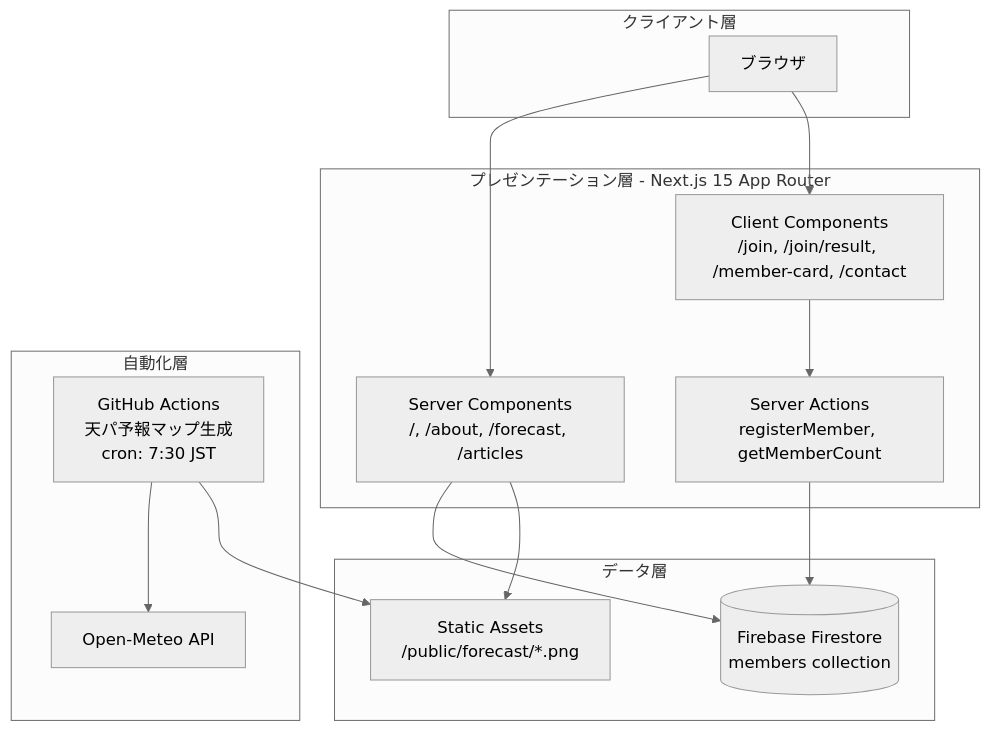
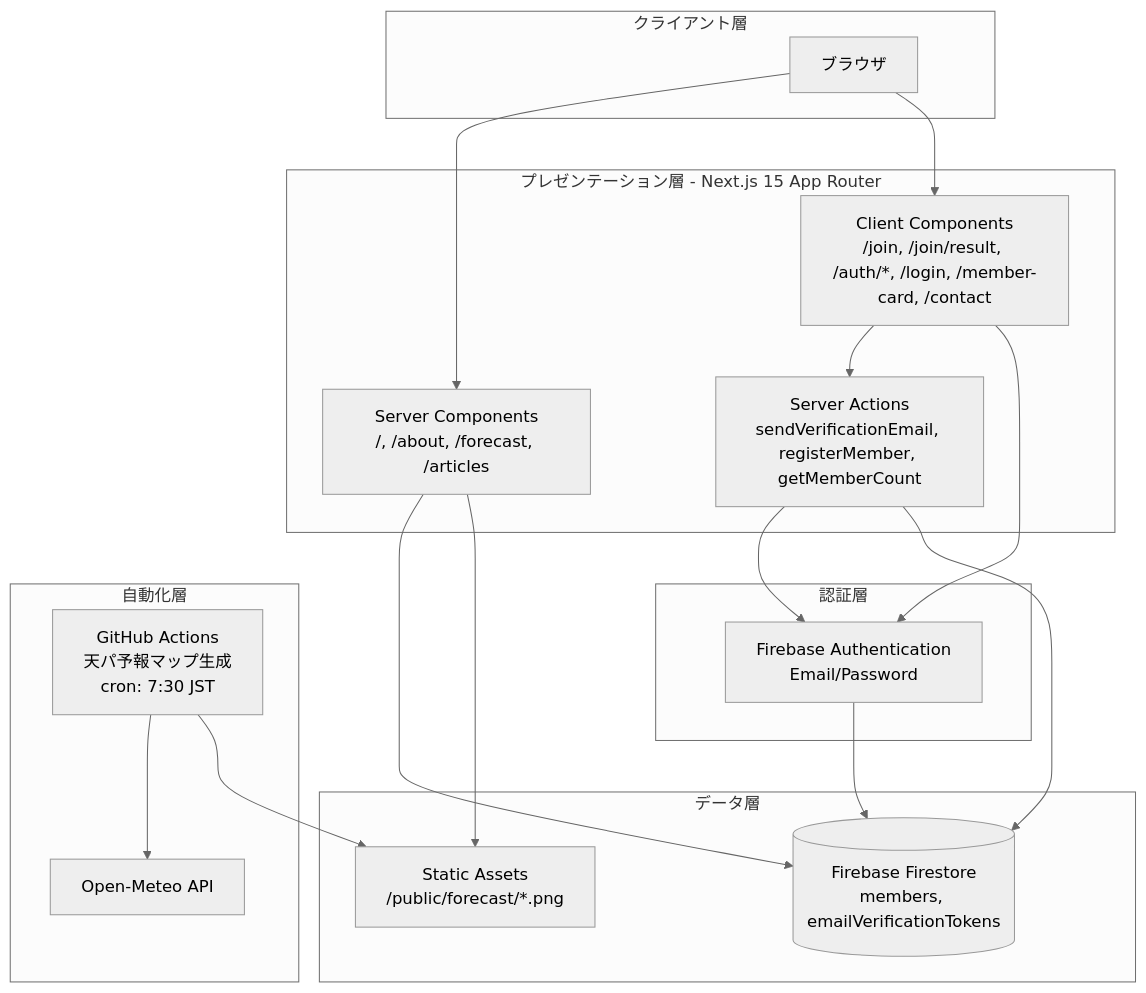
The first of 6 diagrams in .kiro/specs/jta-membership-system/design.md (MaekawaAo0604/JTA_site), drawn with Mermaid (neutral theme) before and after one commit. The commit also changed other lines of this file and 18 other files, not shown here.

````diff
--- a/.kiro/specs/jta-membership-system/design.md
+++ b/.kiro/specs/jta-membership-system/design.md
@@ -51,31 +65,38 @@
 ```mermaid
 graph TB
     subgraph "クライアント層"
         Browser[ブラウザ]
     end
 
     subgraph "プレゼンテーション層 - Next.js 15 App Router"
         SC[Server Components<br/>/, /about, /forecast, /articles]
-        CC[Client Components<br/>/join, /join/result, /member-card, /contact]
-        SA[Server Actions<br/>registerMember, getMemberCount]
+        CC[Client Components<br/>/join, /join/result, /auth/*, /login, /member-card, /contact]
+        SA[Server Actions<br/>sendVerificationEmail, registerMember, getMemberCount]
+    end
+
+    subgraph "認証層"
+        Auth[Firebase Authentication<br/>Email/Password]
     end
 
     subgraph "データ層"
-        Firestore[(Firebase Firestore<br/>members collection)]
+        Firestore[(Firebase Firestore<br/>members, emailVerificationTokens)]
         Static[Static Assets<br/>/public/forecast/*.png]
     end
 
     subgraph "自動化層"
         GHA[GitHub Actions<br/>天パ予報マップ生成<br/>cron: 7:30 JST]
         OpenMeteo[Open-Meteo API]
     end
 
     Browser --> SC
     Browser --> CC
     CC --> SA
+    CC --> Auth
+    SA --> Auth
     SA --> Firestore
+    Auth --> Firestore
     SC --> Firestore
     SC --> Static
     GHA --> OpenMeteo
     GHA --> Static
 ```
````
